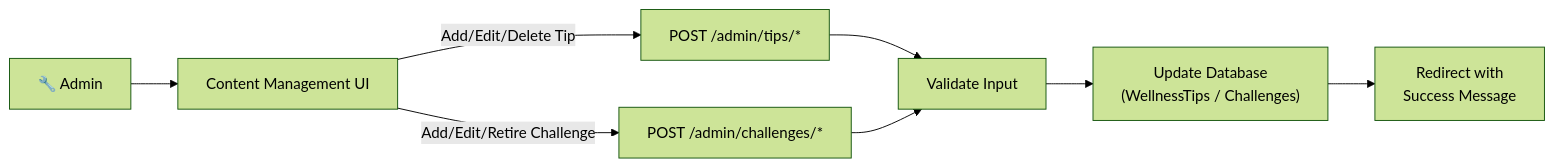
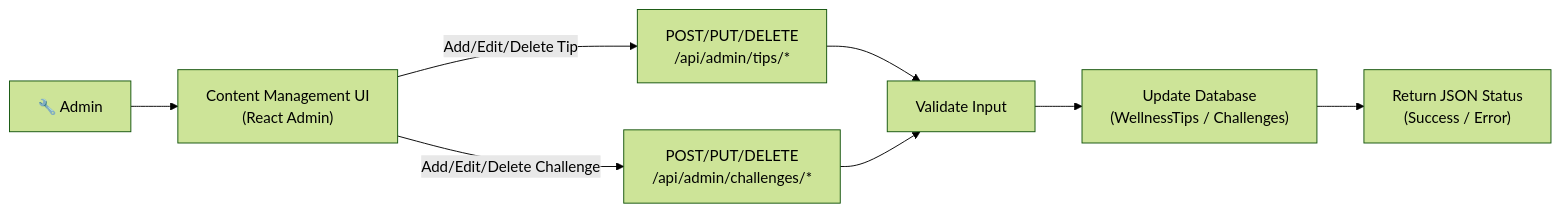
One commit to goxxie08/Wellvia changed diagram 11 of 21 in ARCHITECTURE.md. Above: the diagram before and after it, drawn with Mermaid (forest theme). The commit also changed other lines of this file and 2 other files, not shown here.

````diff
--- a/ARCHITECTURE.md
+++ b/ARCHITECTURE.md
@@ -704,10 +722,10 @@
 ```mermaid
 flowchart LR
-    A["🔧 Admin"] --> B["Content Management UI"]
-    B -->|"Add/Edit/Delete Tip"| C["POST /admin/tips/*"]
-    B -->|"Add/Edit/Retire Challenge"| D["POST /admin/challenges/*"]
+    A["🔧 Admin"] --> B["Content Management UI<br/>(React Admin)"]
+    B -->|"Add/Edit/Delete Tip"| C["POST/PUT/DELETE<br/>/api/admin/tips/*"]
+    B -->|"Add/Edit/Delete Challenge"| D["POST/PUT/DELETE<br/>/api/admin/challenges/*"]
     C --> E["Validate Input"]
     D --> E
     E --> F["Update Database<br/>(WellnessTips / Challenges)"]
-    F --> G["Redirect with<br/>Success Message"]
+    F --> G["Return JSON Status<br/>(Success / Error)"]
 ```
````
